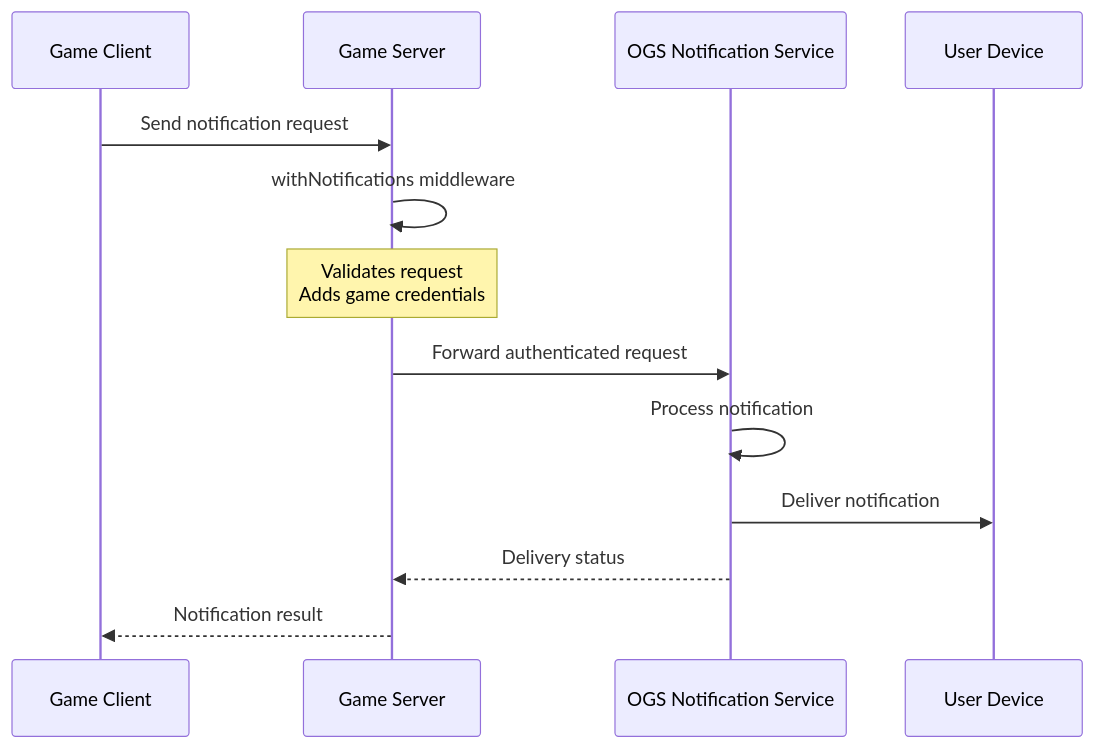
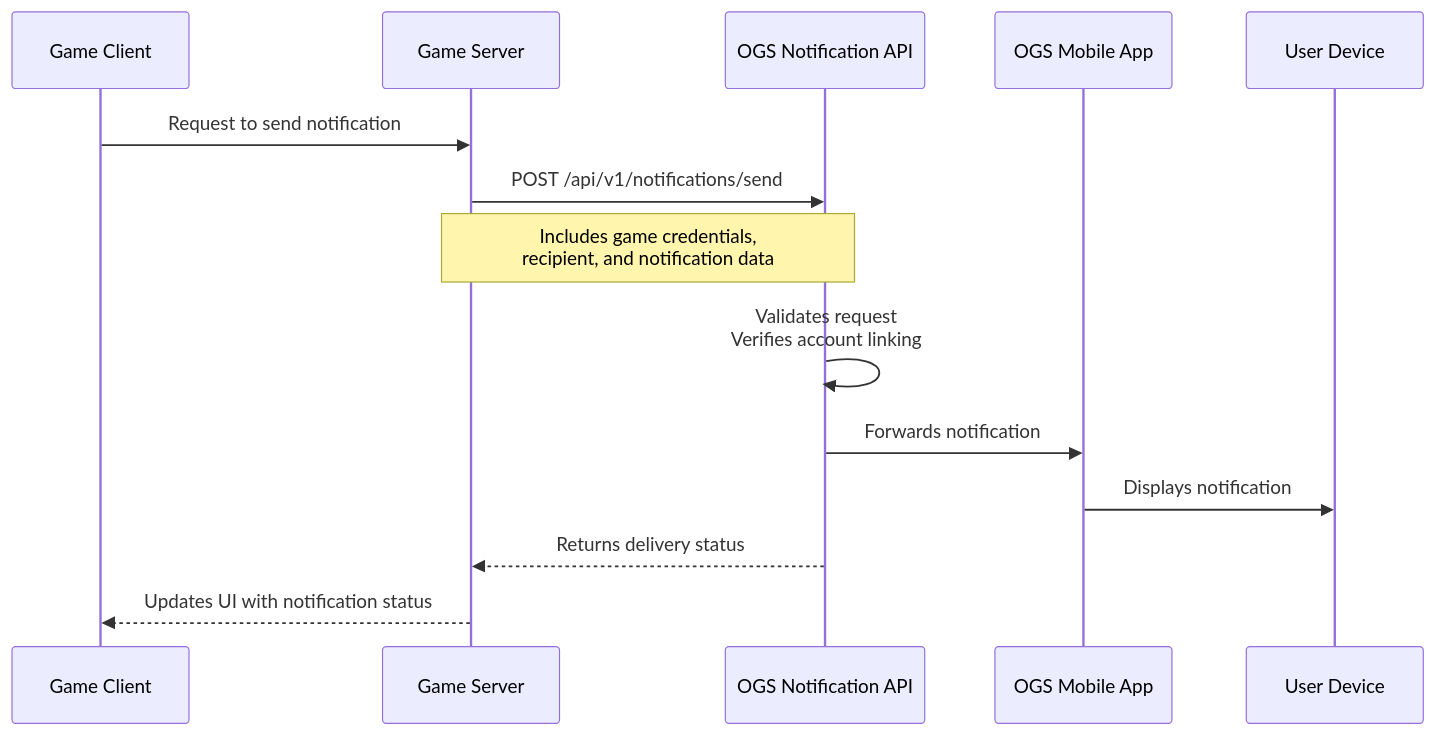
The fourth of 5 diagrams in profile/README.md (open-game-collective/.github), drawn with Mermaid before and after one commit. The commit also changed other lines of this file, not shown here.

````diff
--- a/profile/README.md
+++ b/profile/README.md
@@ -146,16 +465,17 @@
 ```mermaid
 sequenceDiagram
     participant Game as Game Client
     participant GameServer as Game Server
-    participant OGSNotify as OGS Notification Service
+    participant OGSNotify as OGS Notification API
+    participant OGSApp as OGS Mobile App
     participant User as User Device
     
-    Game->>GameServer: Send notification request
-    GameServer->>GameServer: withNotifications middleware
-    Note over GameServer: Validates request<br>Adds game credentials
-    GameServer->>OGSNotify: Forward authenticated request
-    OGSNotify->>OGSNotify: Process notification
-    OGSNotify->>User: Deliver notification
-    OGSNotify-->>GameServer: Delivery status
-    GameServer-->>Game: Notification result
+    Game->>GameServer: Request to send notification
+    GameServer->>OGSNotify: POST /api/v1/notifications/send
+    Note over GameServer,OGSNotify: Includes game credentials,<br>recipient, and notification data
+    OGSNotify->>OGSNotify: Validates request<br>Verifies account linking
+    OGSNotify->>OGSApp: Forwards notification
+    OGSApp->>User: Displays notification
+    OGSNotify-->>GameServer: Returns delivery status
+    GameServer-->>Game: Updates UI with notification status
 ```
````
